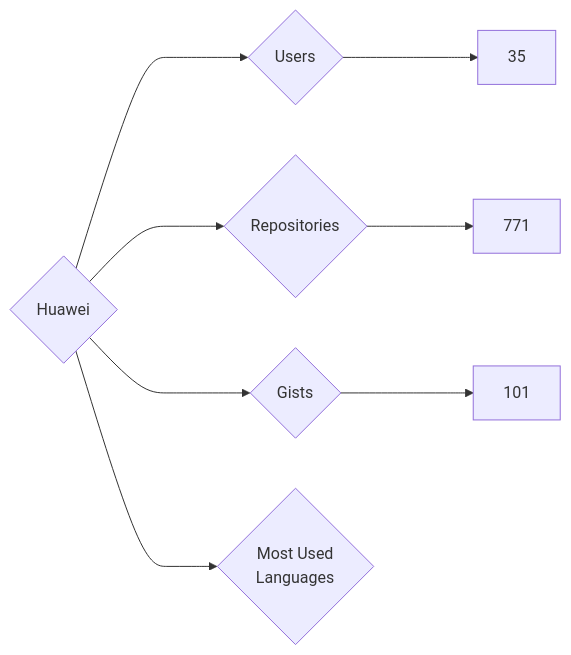
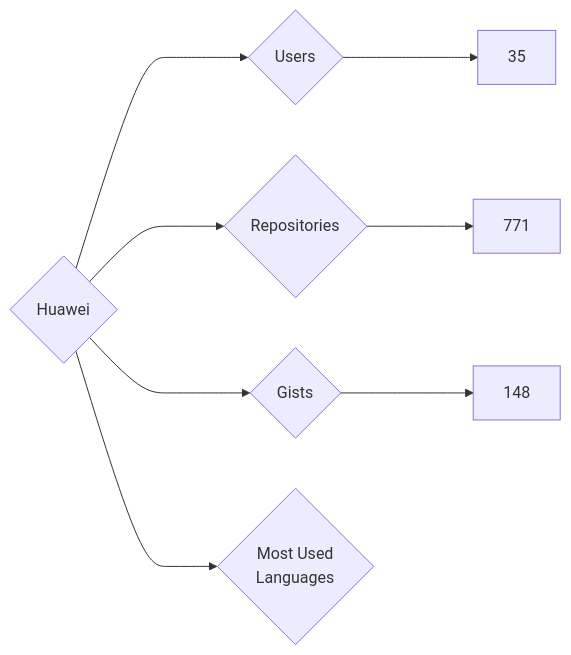
Before and after one commit to nenadzaric/insiders: the diagram in targets/Huawei/README.md, drawn with Mermaid. The commit also changed 1342 other files, not shown here.

````diff
--- a/targets/Huawei/README.md
+++ b/targets/Huawei/README.md
@@ -3,8 +3,8 @@
 ```mermaid
 graph LR
 COMPANY_NAME{Huawei}
 COMPANY_NAME ---> U{Users} ---> UN[35]
 COMPANY_NAME ---> R{Repositories} ---> RN[771]
-COMPANY_NAME ---> G{Gists} ---> GN[101]
+COMPANY_NAME ---> G{Gists} ---> GN[148]
 COMPANY_NAME ---> ML{Most Used<br>Languages}
 ```
````
